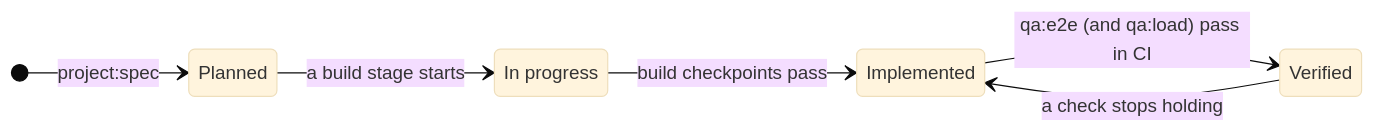
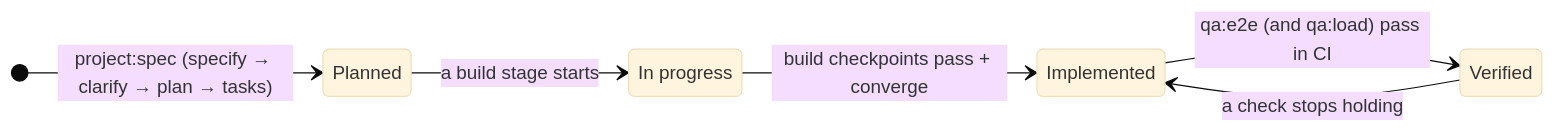
One commit to lucasvmigotto/ai-gent changed the second of 2 diagrams in README.md. Above: the diagram before and after it, drawn with Mermaid (base theme). The commit also changed other lines of this file and 10 other files, not shown here.

First line of the commit message:
feat(pipeline): make the Spec Kit flow explicit

````diff
--- a/README.md
+++ b/README.md
@@ -228,10 +228,10 @@
 ```mermaid
 stateDiagram-v2
     direction LR
     state "In progress" as InProgress
-    [*] --> Planned: project:spec
+    [*] --> Planned: project:spec (specify → clarify → plan → tasks)
     Planned --> InProgress: a build stage starts
-    InProgress --> Implemented: build checkpoints pass
+    InProgress --> Implemented: build checkpoints pass + converge
     Implemented --> Verified: qa:e2e (and qa:load) pass in CI
     Verified --> Implemented: a check stops holding
 ```
````
